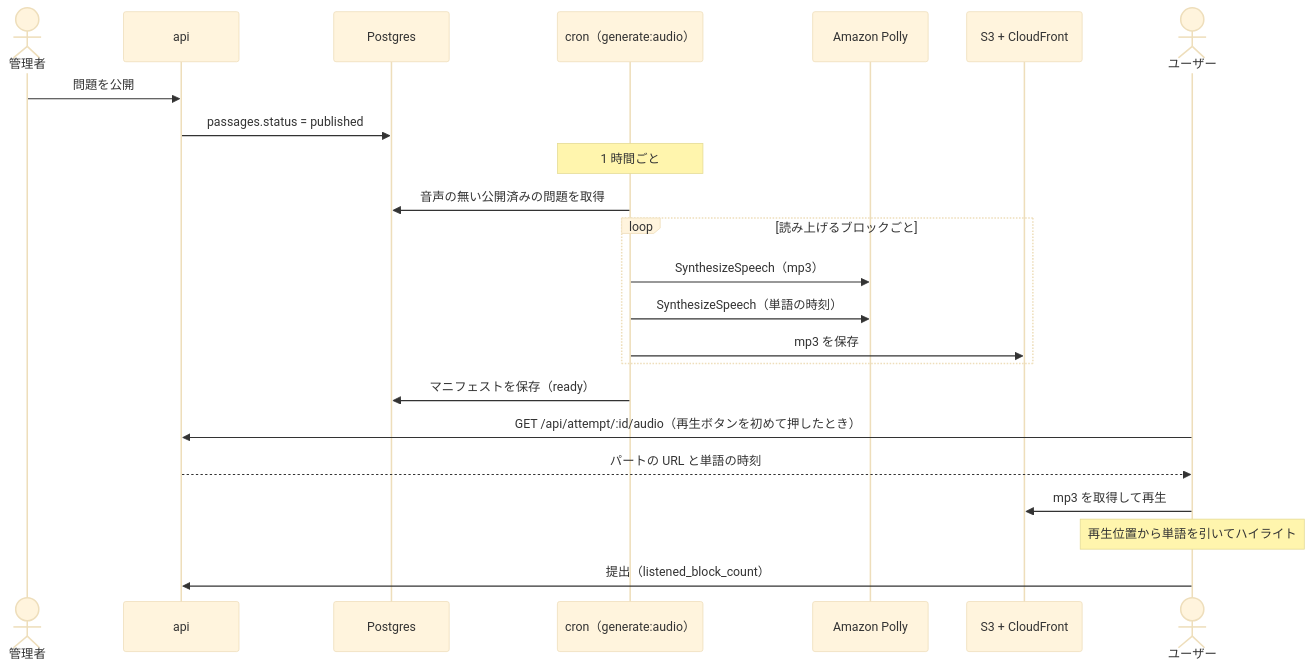
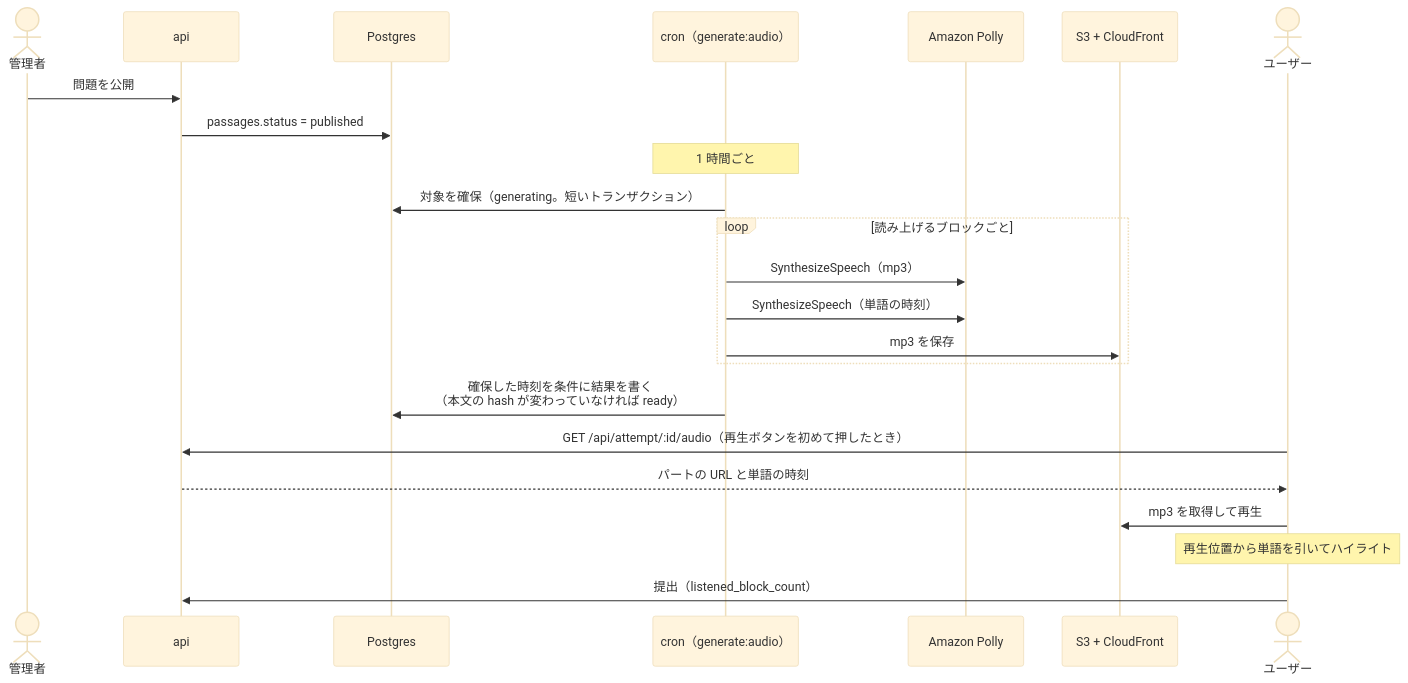
Before and after one commit to kentakki416/tech-english: the third of 3 diagrams in docs/spec/read-aloud/README.md, drawn with Mermaid (base theme). The commit also changed other lines of this file and 6 other files, not shown here.

````diff
--- a/docs/spec/read-aloud/README.md
+++ b/docs/spec/read-aloud/README.md
@@ -297,26 +310,26 @@
 ```mermaid
 sequenceDiagram
     actor Admin as 管理者
     participant API as api
     participant DB as Postgres
     participant Cron as cron（generate:audio）
     participant Polly as Amazon Polly
     participant S3 as S3 + CloudFront
     actor User as ユーザー
 
     Admin->>API: 問題を公開
     API->>DB: passages.status = published
     Note over Cron: 1 時間ごと
-    Cron->>DB: 音声の無い公開済みの問題を取得
+    Cron->>DB: 対象を確保（generating。短いトランザクション）
     loop 読み上げるブロックごと
         Cron->>Polly: SynthesizeSpeech（mp3）
         Cron->>Polly: SynthesizeSpeech（単語の時刻）
         Cron->>S3: mp3 を保存
     end
-    Cron->>DB: マニフェストを保存（ready）
+    Cron->>DB: 確保した時刻を条件に結果を書く<br/>（本文の hash が変わっていなければ ready）
     User->>API: GET /api/attempt/:id/audio（再生ボタンを初めて押したとき）
     API-->>User: パートの URL と単語の時刻
     User->>S3: mp3 を取得して再生
     Note over User: 再生位置から単語を引いてハイライト
     User->>API: 提出（listened_block_count）
 ```
````
